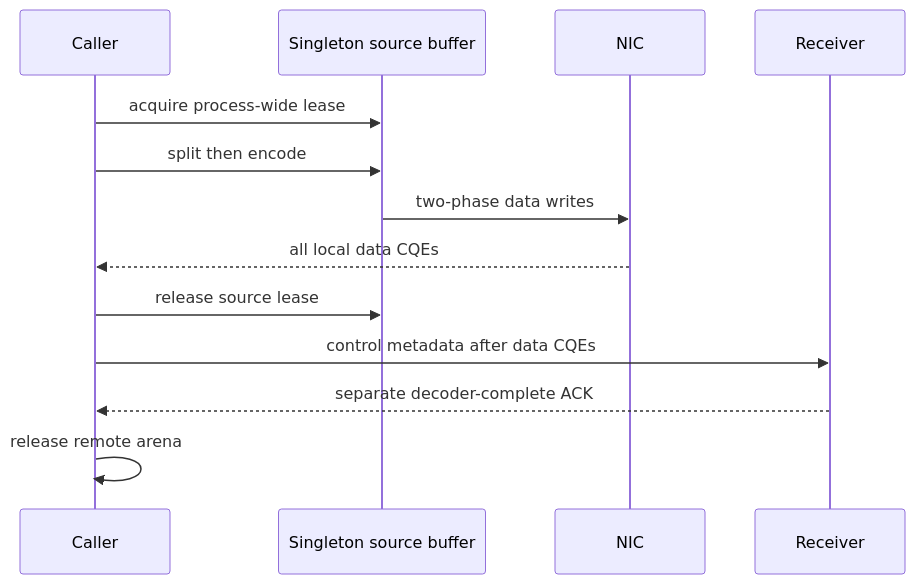
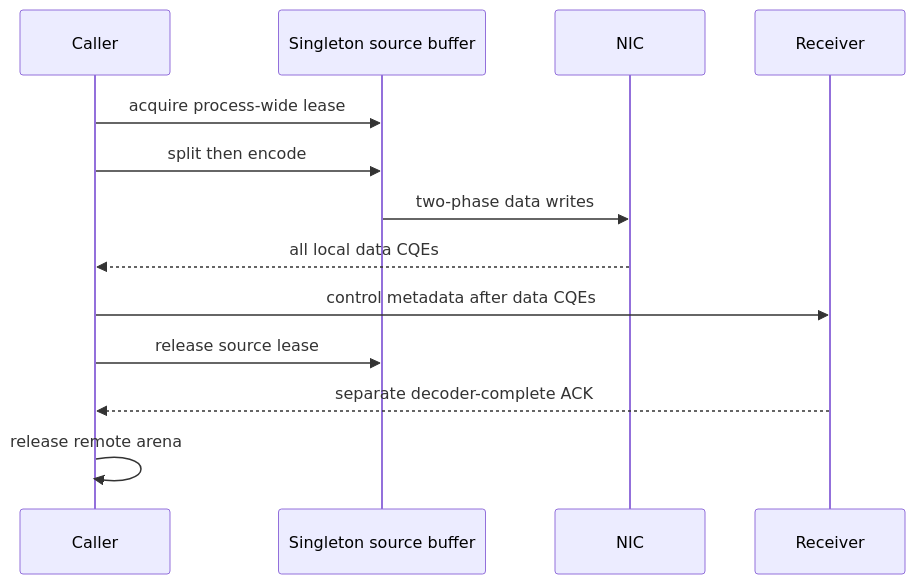
Before and after one commit to 0z5a/uccl: the diagram in docs/zip/SENDER_LIFETIME_DESIGN.md, drawn with Mermaid. The commit also changed other lines of this file, not shown here.

Commit message:
Match the sender diagram to metadata posting order

````diff
--- a/docs/zip/SENDER_LIFETIME_DESIGN.md
+++ b/docs/zip/SENDER_LIFETIME_DESIGN.md
@@ -18,15 +18,15 @@
 ```mermaid
 sequenceDiagram
   participant Caller
   participant Buffer as Singleton source buffer
   participant NIC
   participant Receiver
   Caller->>Buffer: acquire process-wide lease
   Caller->>Buffer: split then encode
   Buffer->>NIC: two-phase data writes
   NIC-->>Caller: all local data CQEs
+  Caller->>Receiver: control metadata after data CQEs
   Caller->>Buffer: release source lease
-  Caller->>Receiver: control metadata after data CQEs
   Receiver-->>Caller: separate decoder-complete ACK
   Caller->>Caller: release remote arena
 ```
````
